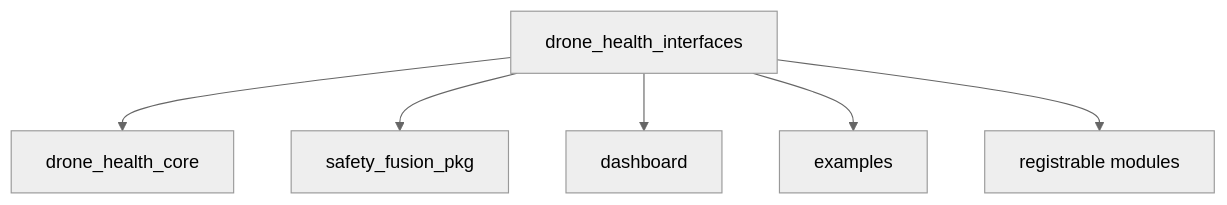
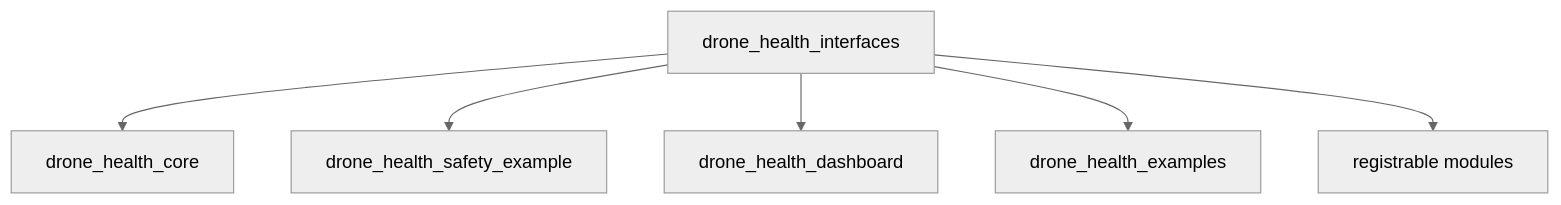
One commit to NILAMATHI1999/drone-health-modular-framework changed the fourth of 4 diagrams in src/drone_health_interfaces/README.md. Above: the diagram before and after it, drawn with Mermaid (neutral theme). The commit also changed 10 other files, not shown here.

````diff
--- a/src/drone_health_interfaces/README.md
+++ b/src/drone_health_interfaces/README.md
@@ -137,10 +137,10 @@
 ```mermaid
 graph TD
     Interfaces["drone_health_interfaces"]
 
     Interfaces --> Core["drone_health_core"]
-    Interfaces --> Safety["safety_fusion_pkg"]
-    Interfaces --> Dashboard["dashboard"]
-    Interfaces --> Examples["examples"]
+    Interfaces --> Safety["drone_health_safety_example"]
+    Interfaces --> Dashboard["drone_health_dashboard"]
+    Interfaces --> Examples["drone_health_examples"]
     Interfaces --> Registrable["registrable modules"]
 ```
````
